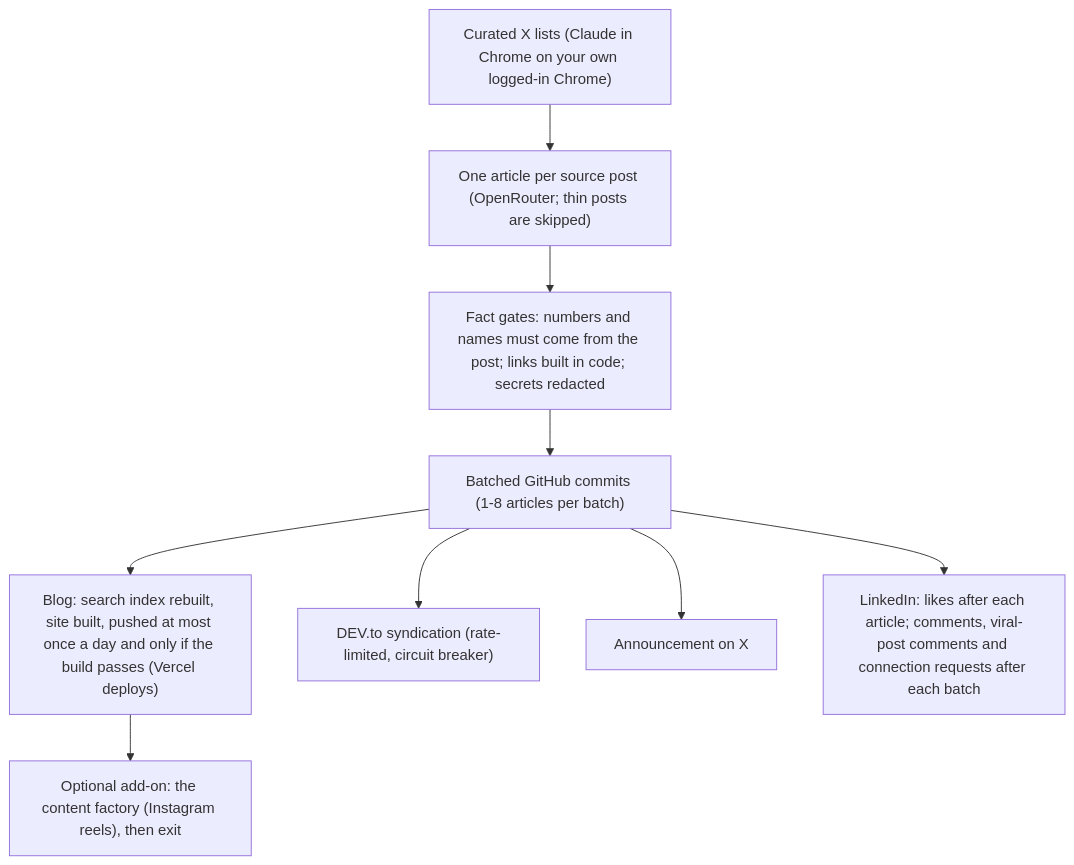
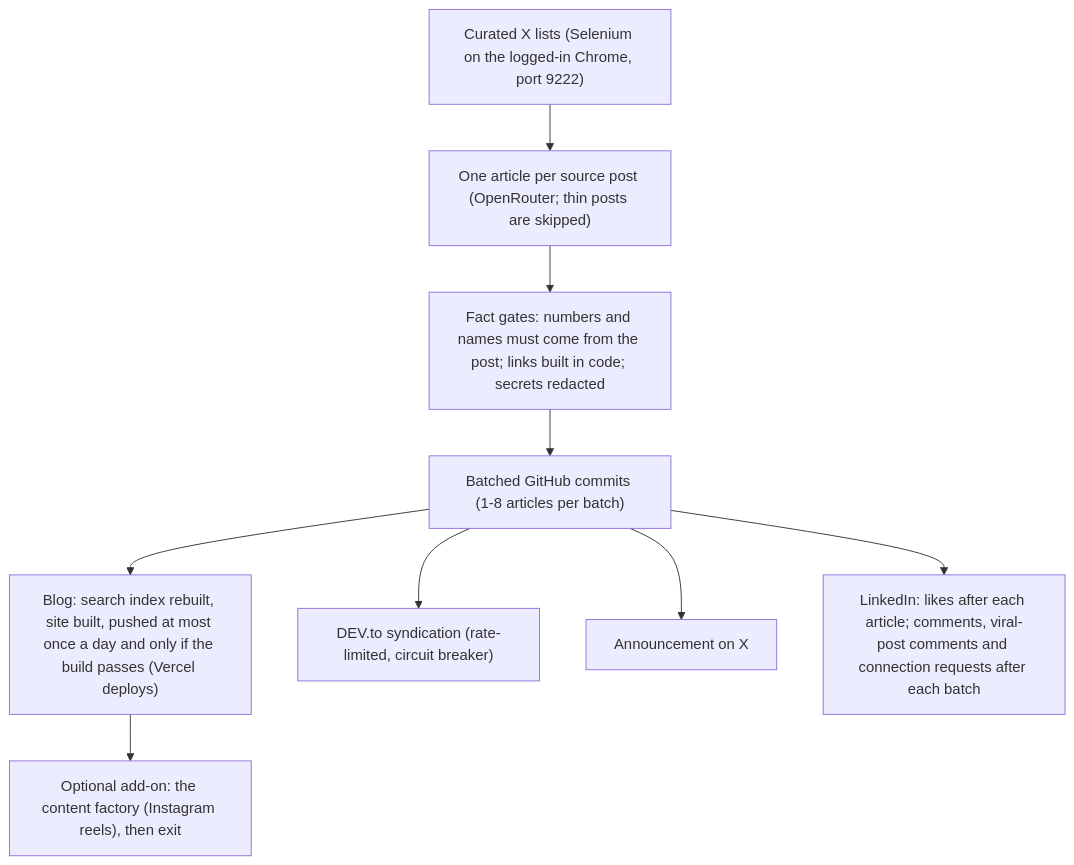
The diagram in README.md (Drix10/ai-resources-pipeline), drawn with Mermaid before and after one commit. The commit also changed other lines of this file and 19 other files, not shown here.

First line of the commit message:
X and LinkedIn back on the pipeline's own Chrome (:9222, selenium); Claude in Chrome is gone from them

````diff
--- a/README.md
+++ b/README.md
@@ -14,11 +14,11 @@
 ```mermaid
 flowchart TD
-    A["Curated X lists (Claude in Chrome on your own logged-in Chrome)"] --> B["One article per source post (OpenRouter; thin posts are skipped)"]
+    A["Curated X lists (Selenium on the logged-in Chrome, port 9222)"] --> B["One article per source post (OpenRouter; thin posts are skipped)"]
     B --> C["Fact gates: numbers and names must come from the post; links built in code; secrets redacted"]
     C --> D["Batched GitHub commits (1-8 articles per batch)"]
     D --> E["Blog: search index rebuilt, site built, pushed at most once a day and only if the build passes (Vercel deploys)"]
     D --> F["DEV.to syndication (rate-limited, circuit breaker)"]
     D --> G["Announcement on X"]
     D --> H["LinkedIn: likes after each article; comments, viral-post comments and connection requests after each batch"]
     E --> I["Optional add-on: the content factory (Instagram reels), then exit"]
 ```
````
